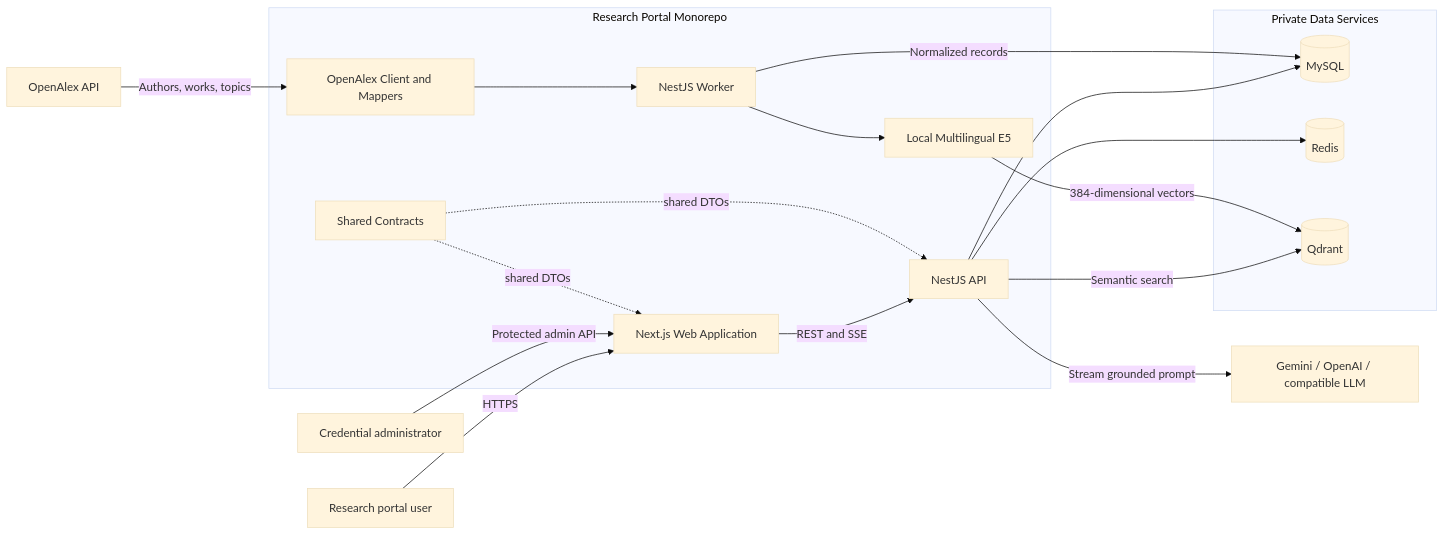
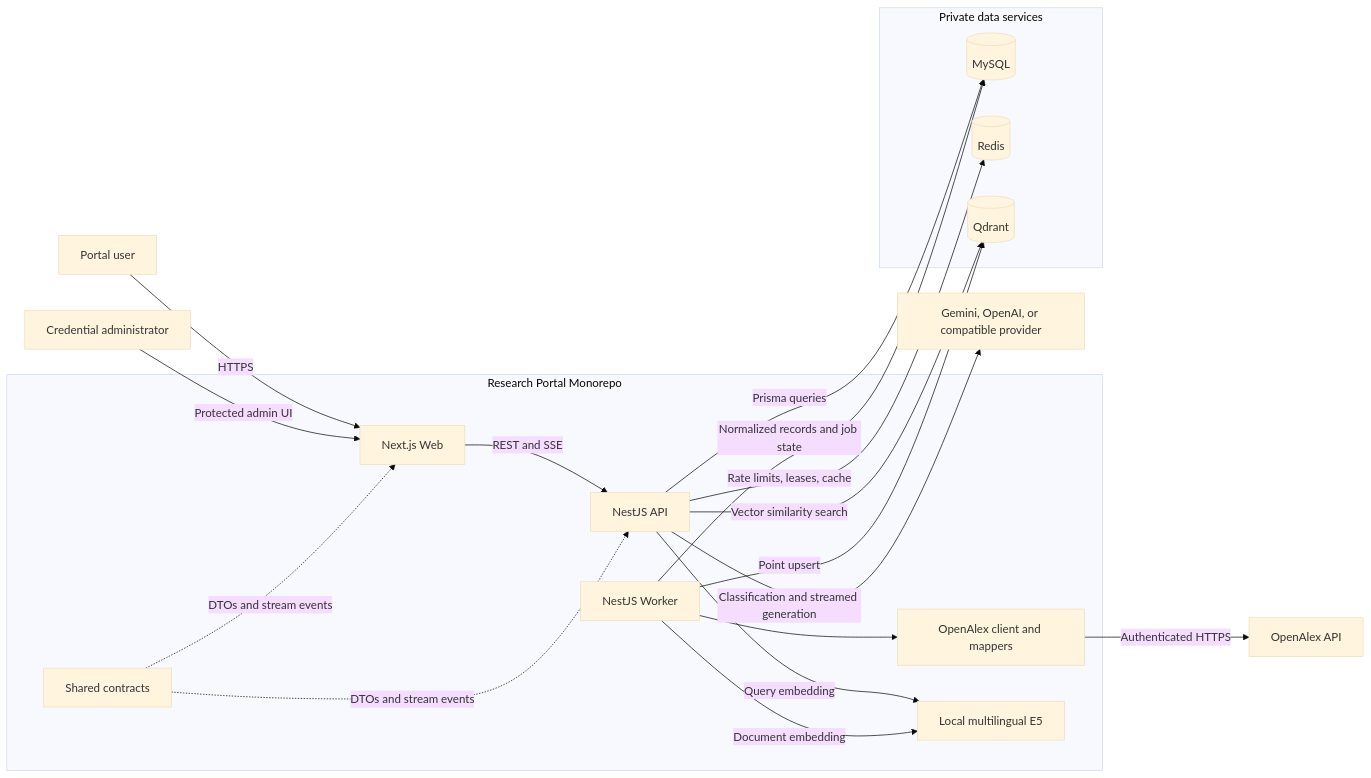
Before and after one commit to levanduc1907/research-portal: the first of 13 diagrams in docs/system-architecture.md, drawn with Mermaid (base theme). The commit also changed other lines of this file, not shown here.

Commit message:
docs: redraw system architecture

````diff
--- a/docs/system-architecture.md
+++ b/docs/system-architecture.md
@@ -41,39 +61,41 @@
 ```mermaid
 flowchart LR
-    User[Research portal user]
+    User[Portal user]
     Admin[Credential administrator]
     OpenAlex[OpenAlex API]
-    Provider[Gemini / OpenAI / compatible LLM]
+    LLM[Gemini, OpenAI, or compatible provider]
 
     subgraph Portal[Research Portal Monorepo]
-        Web[Next.js Web Application]
+        Web[Next.js Web]
         API[NestJS API]
         Worker[NestJS Worker]
-        Contracts[Shared Contracts]
-        OpenAlexPackage[OpenAlex Client and Mappers]
-        Embeddings[Local Multilingual E5]
+        Contracts[Shared contracts]
+        OAClient[OpenAlex client and mappers]
+        E5[Local multilingual E5]
     end
 
-    subgraph Data[Private Data Services]
+    subgraph Data[Private data services]
         MySQL[(MySQL)]
         Redis[(Redis)]
         Qdrant[(Qdrant)]
     end
 
     User -->|HTTPS| Web
-    Admin -->|Protected admin API| Web
+    Admin -->|Protected admin UI| Web
     Web -->|REST and SSE| API
-    API --> MySQL
-    API --> Redis
-    API -->|Semantic search| Qdrant
-    API -->|Stream grounded prompt| Provider
 
-    OpenAlex -->|Authors, works, topics| OpenAlexPackage
-    OpenAlexPackage --> Worker
-    Worker -->|Normalized records| MySQL
-    Worker --> Embeddings
-    Embeddings -->|384-dimensional vectors| Qdrant
+    API -->|Prisma queries| MySQL
+    API -->|Rate limits, leases, cache| Redis
+    API -->|Vector similarity search| Qdrant
+    API -->|Classification and streamed generation| LLM
+    API -->|Query embedding| E5
 
-    Contracts -. shared DTOs .-> Web
-    Contracts -. shared DTOs .-> API
+    Worker --> OAClient
+    OAClient -->|Authenticated HTTPS| OpenAlex
+    Worker -->|Normalized records and job state| MySQL
+    Worker -->|Document embedding| E5
+    Worker -->|Point upsert| Qdrant
+
+    Contracts -. DTOs and stream events .-> Web
+    Contracts -. DTOs and stream events .-> API
 ```
````
